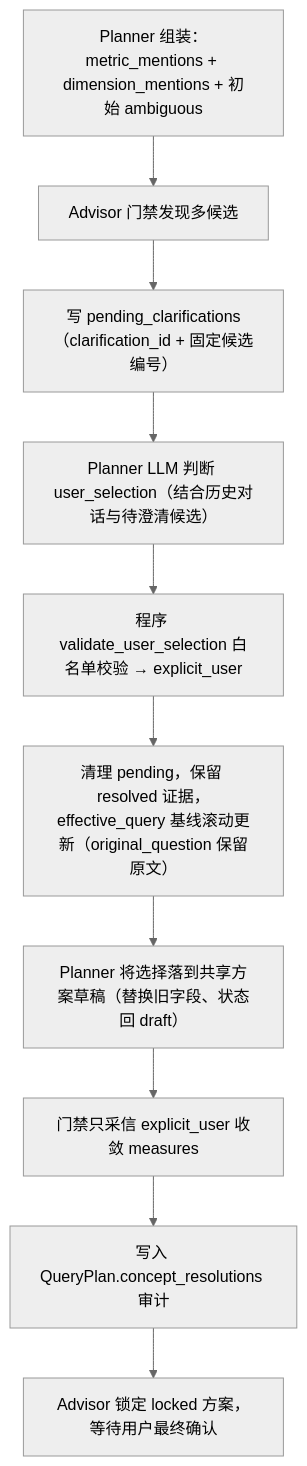
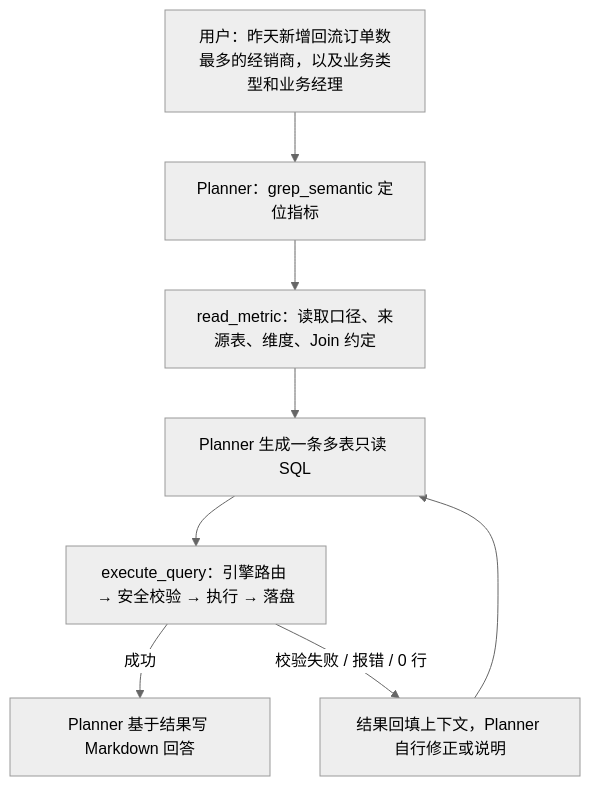
The diagram in docs/架构/多表查询执行过程详解.md (18336621007/warehouseAgent), drawn with Mermaid (neutral theme) before and after one commit. The commit also changed other lines of this file and 53 other files, not shown here.

````diff
--- a/docs/架构/多表查询执行过程详解.md
+++ b/docs/架构/多表查询执行过程详解.md
@@ -876,12 +14,10 @@
 ```mermaid
 flowchart TD
-    A["Planner 组装：metric_mentions + dimension_mentions + 初始 ambiguous"] --> B["Advisor 门禁发现多候选"]
-    B --> C["写 pending_clarifications（clarification_id + 固定候选编号）"]
-    C --> D["Planner LLM 判断 user_selection（结合历史对话与待澄清候选）"]
-    D --> E["程序 validate_user_selection 白名单校验 → explicit_user"]
-    E --> F["清理 pending，保留 resolved 证据，effective_query 基线滚动更新（original_question 保留原文）"]
-    F --> G["Planner 将选择落到共享方案草稿（替换旧字段、状态回 draft）"]
-    G --> H["门禁只采信 explicit_user 收敛 measures"]
-    H --> I["写入 QueryPlan.concept_resolutions 审计"]
-    I --> J["Advisor 锁定 locked 方案，等待用户最终确认"]
+    U["用户：昨天新增回流订单数最多的经销商，以及业务类型和业务经理"] --> P["Planner：grep_semantic 定位指标"]
+    P --> R["read_metric：读取口径、来源表、维度、Join 约定"]
+    R --> G["Planner 生成一条多表只读 SQL"]
+    G --> E["execute_query：引擎路由 → 安全校验 → 执行 → 落盘"]
+    E -->|成功| A["Planner 基于结果写 Markdown 回答"]
+    E -->|校验失败 / 报错 / 0 行| F["结果回填上下文，Planner 自行修正或说明"]
+    F --> G
 ```
````
